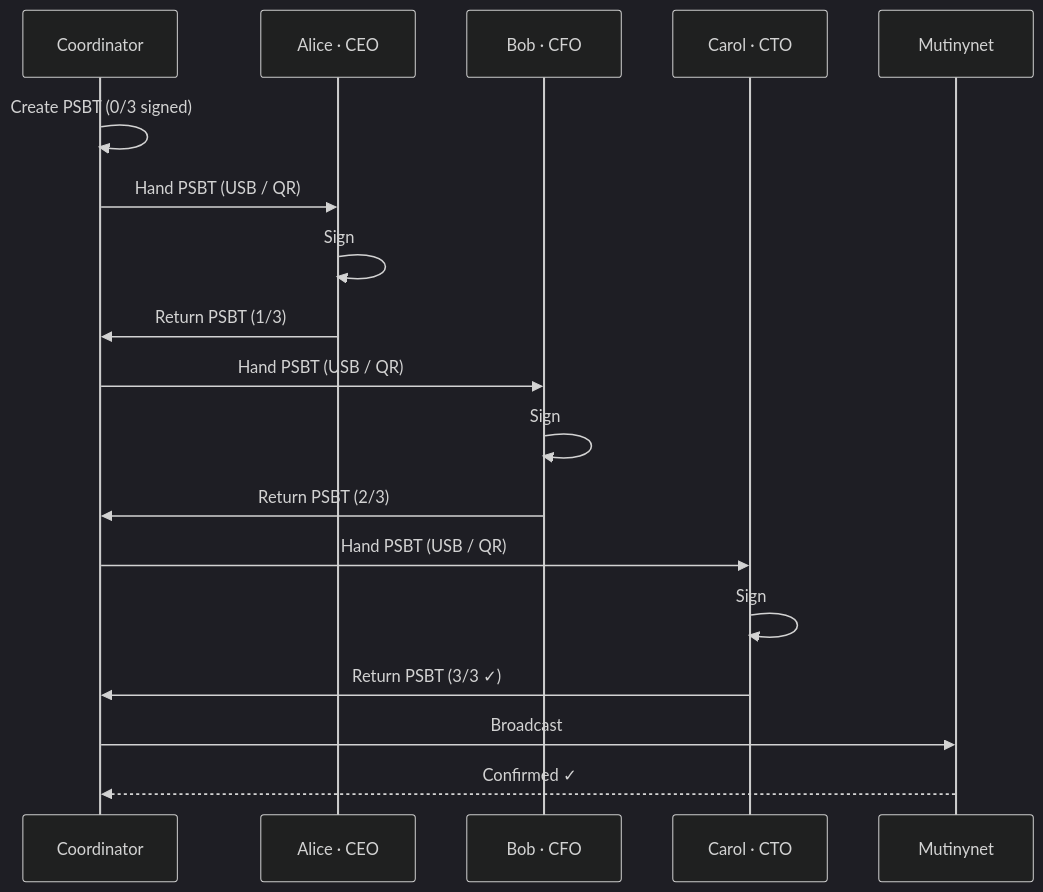
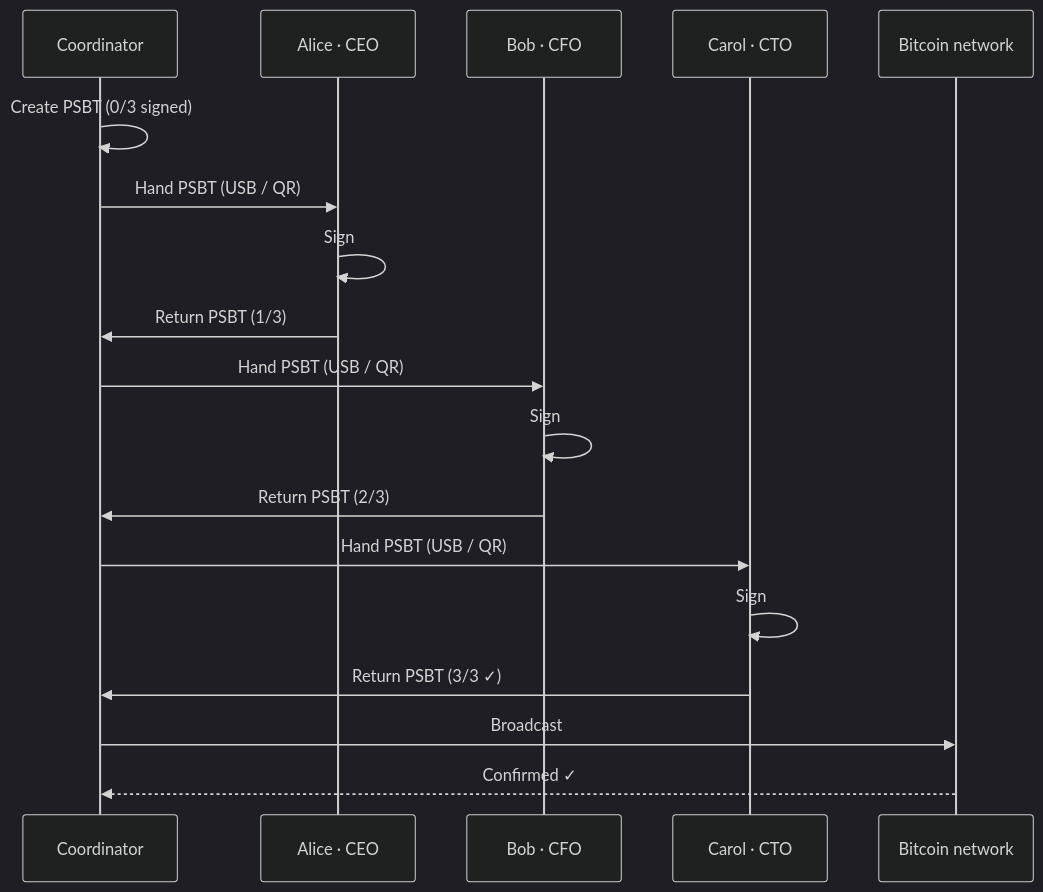
The third of 4 diagrams in workshop-22/README.md (mybonk/mybonk-wiki), drawn with Mermaid (dark theme) before and after one commit. The commit also changed other lines of this file and 2 other files, not shown here.

````diff
--- a/workshop-22/README.md
+++ b/workshop-22/README.md
@@ -229,21 +231,21 @@
 ```mermaid
 sequenceDiagram
     participant Co as Coordinator
     participant A  as Alice · CEO
     participant B  as Bob · CFO
     participant C  as Carol · CTO
-    participant N  as Mutinynet
+    participant N  as Bitcoin network
 
     Co->>Co: Create PSBT (0/3 signed)
     Co->>A: Hand PSBT (USB / QR)
     A->>A: Sign
     A->>Co: Return PSBT (1/3)
     Co->>B: Hand PSBT (USB / QR)
     B->>B: Sign
     B->>Co: Return PSBT (2/3)
     Co->>C: Hand PSBT (USB / QR)
     C->>C: Sign
     C->>Co: Return PSBT (3/3 ✓)
     Co->>N: Broadcast
     N-->>Co: Confirmed ✓
 ```
````
